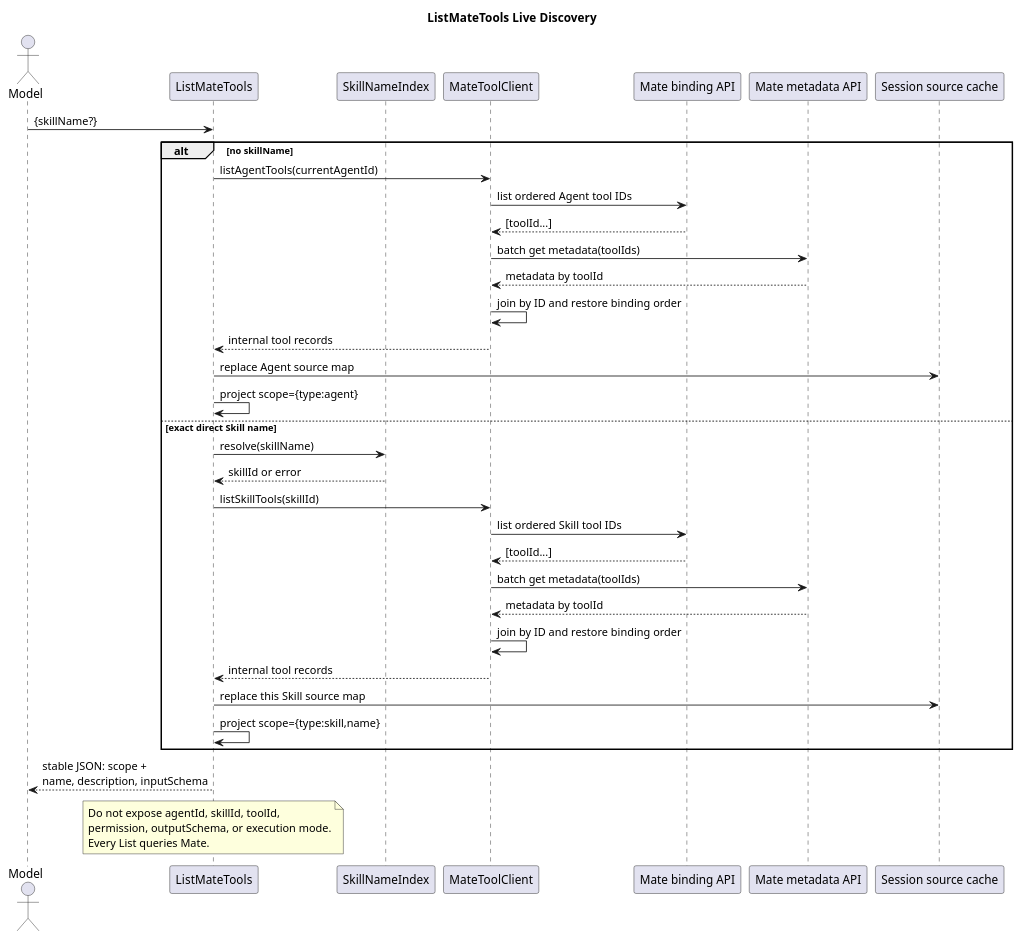
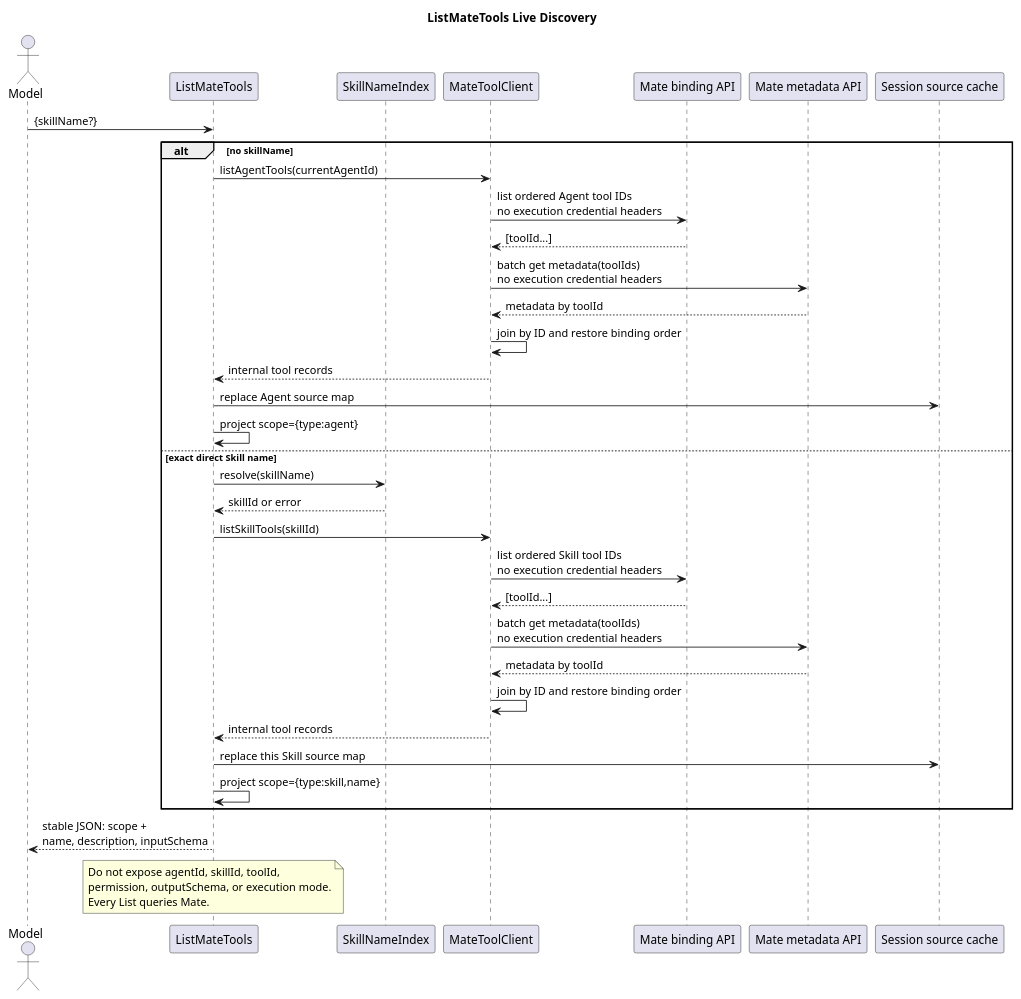
Before and after one commit to ssm0808/pi-mono-java-design: the fourth of 11 diagrams in 01-总体架构/02-CampusClaw工具系统/diagram.puml, drawn with PlantUML. The commit also changed other lines of this file and 19 other files, not shown here.

```diff
--- a/01-总体架构/02-CampusClaw工具系统/diagram.puml
+++ b/01-总体架构/02-CampusClaw工具系统/diagram.puml
@@ -235,53 +235,54 @@
 @startuml list_mate_tools_sequence
 title ListMateTools Live Discovery
 skinparam shadowing false
 
-' Source evidence (CampusClaw d649866):
-' modules/coding-agent-cli/src/main/java/com/campusclaw/codingagent/tool/mate/ListMateTool.java: execute
-' modules/coding-agent-cli/src/main/java/com/campusclaw/codingagent/common/client/HttpMateToolClient.java
-' modules/coding-agent-cli/src/main/java/com/campusclaw/codingagent/tool/mate/MateToolSessionCache.java: refresh
-' Observed behavior: current List writes one flat name-to-ID map and Call depends
-' on a prior successful List.
-' Design reason: List remains live while a successful response updates only its
-' source cache, so listing one Skill cannot erase tools from another source.
+' Source evidence (pi-mono-java 320d790726a70aada6100052952d5494d2a378ac):
+' modules/coding-agent-cli/src/main/java/com/campusclaw/codingagent/tool/mate/ListMateTool.java: execute.
+' modules/coding-agent-cli/src/main/java/com/campusclaw/codingagent/tool/mate/MateToolSessionCache.java: refresh.
+' modules/coding-agent-cli/src/main/java/com/campusclaw/codingagent/common/client/HttpMateToolClient.java:
+' queryToolIdsByAgentId, queryToolIdsBySkillId, and queryToolMetaByIds.
+' Observed behavior: discovery currently receives the same three Mate credentials as execute.
+' Java divergence: current List writes one flat name-to-ID map and Call depends on a prior List.
+' Security hardening: Agent, Skill, and metadata discovery never receive execution credentials.
+' Design reason: List stays live and updates only its source cache without exposing credentials.
 
 actor Model
 participant "ListMateTools" as List
 participant "SkillNameIndex" as Index
 participant "MateToolClient" as Client
 participant "Mate binding API" as Binding
 participant "Mate metadata API" as Meta
 participant "Session source cache" as Cache
 
 Model -> List : {skillName?}
 alt no skillName
   List -> Client : listAgentTools(currentAgentId)
-  Client -> Binding : list ordered Agent tool IDs
+  Client -> Binding : list ordered Agent tool IDs\nno execution credential headers
   Binding --> Client : [toolId...]
-  Client -> Meta : batch get metadata(toolIds)
+  Client -> Meta : batch get metadata(toolIds)\nno execution credential headers
   Meta --> Client : metadata by toolId
   Client -> Client : join by ID and restore binding order
   Client --> List : internal tool records
   List -> Cache : replace Agent source map
   List -> List : project scope={type:agent}
 else exact direct Skill name
   List -> Index : resolve(skillName)
   Index --> List : skillId or error
   List -> Client : listSkillTools(skillId)
-  Client -> Binding : list ordered Skill tool IDs
+  Client -> Binding : list ordered Skill tool IDs\nno execution credential headers
   Binding --> Client : [toolId...]
-  Client -> Meta : batch get metadata(toolIds)
+  Client -> Meta : batch get metadata(toolIds)\nno execution credential headers
   Meta --> Client : metadata by toolId
   Client -> Client : join by ID and restore binding order
   Client --> List : internal tool records
   List -> Cache : replace this Skill source map
   List -> List : project scope={type:skill,name}
 end
 List --> Model : stable JSON: scope +\nname, description, inputSchema
 
 note over List
 Do not expose agentId, skillId, toolId,
 permission, outputSchema, or execution mode.
 Every List queries Mate.
 end note
 @enduml
```
